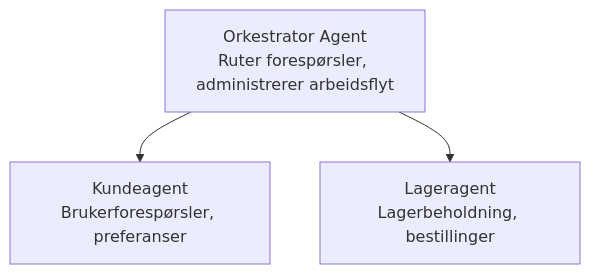
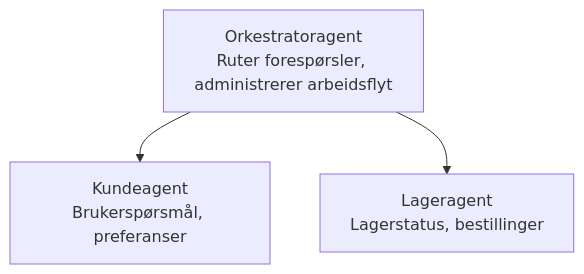
The diagram in translations/no/docs/chapter-05-multi-agent/README.md (microsoft/AZD-for-beginners), drawn with Mermaid before and after one commit. The commit also changed other lines of this file and 104 other files, not shown here.

````diff
--- a/translations/no/docs/chapter-05-multi-agent/README.md
+++ b/translations/no/docs/chapter-05-multi-agent/README.md
@@ -52,5 +54,5 @@
 ```mermaid
 graph TD
-    Orchestrator[Orkestrator Agent<br/>Ruter forespørsler, administrerer arbeidsflyt] --> Customer[Kundeagent<br/>Brukerforespørsler, preferanser]
-    Orchestrator --> Inventory[Lageragent<br/>Lagerbeholdning, bestillinger]
+    Orchestrator[Orkestratoragent<br/>Ruter forespørsler, administrerer arbeidsflyt] --> Customer[Kundeagent<br/>Brukerspørsmål, preferanser]
+    Orchestrator --> Inventory[Lageragent<br/>Lagerstatus, bestillinger]
 ```
````
